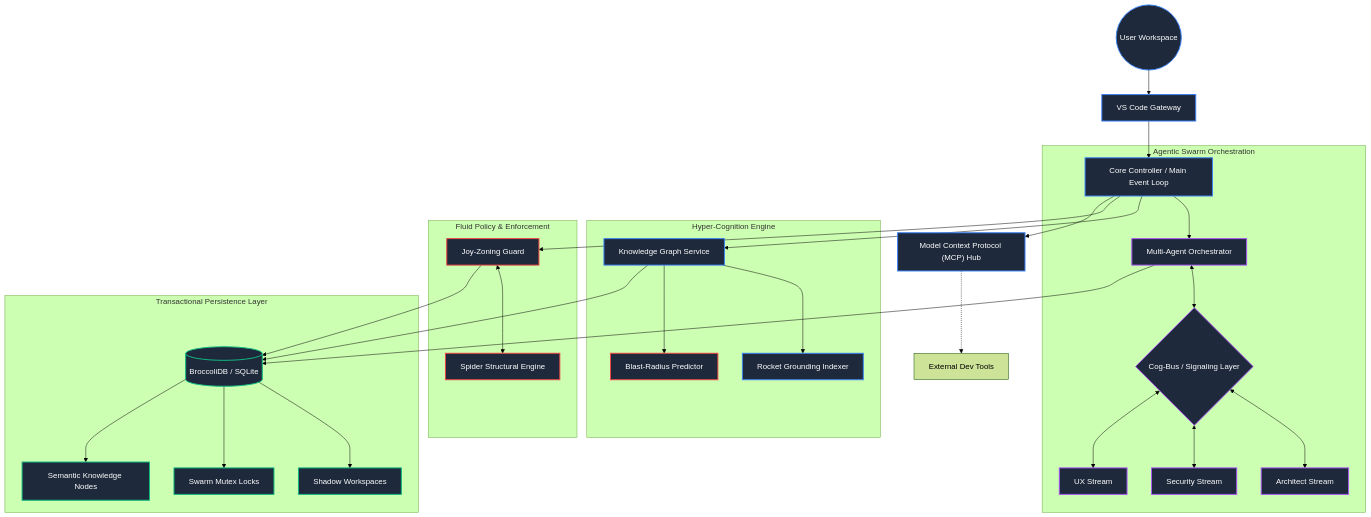
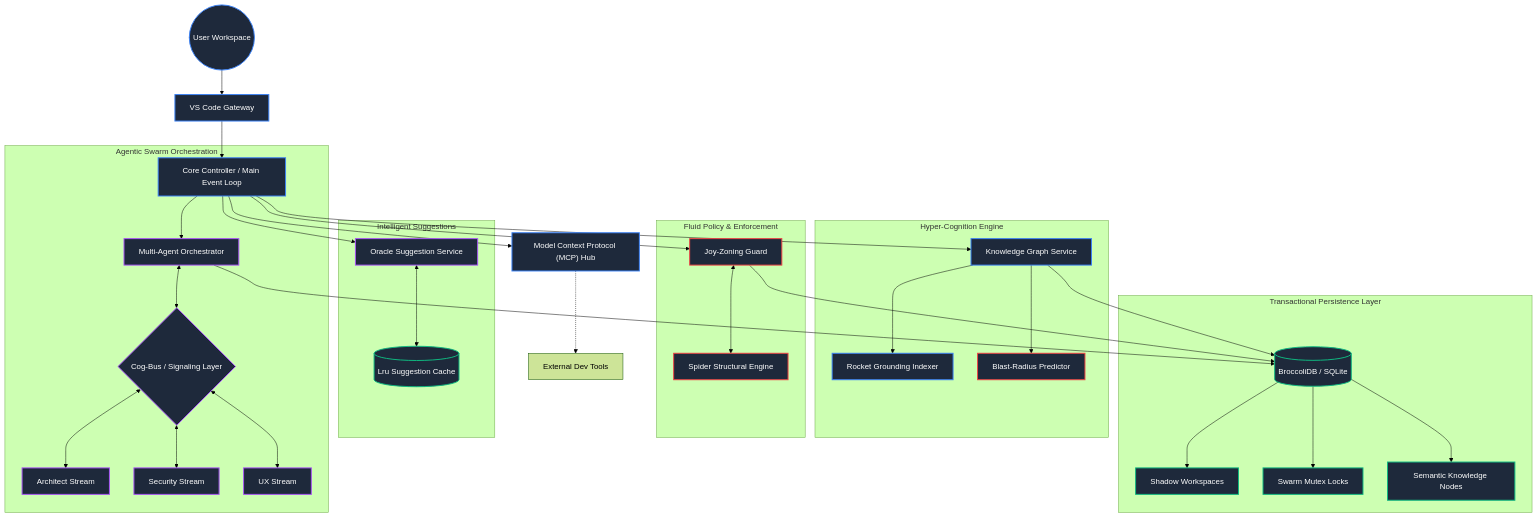
Before and after one commit to CardSorting/codemarie: the first of 4 diagrams in README.md, drawn with Mermaid (forest theme). The commit also changed other lines of this file and 4 other files, not shown here.

````diff
--- a/README.md
+++ b/README.md
@@ -96,41 +106,46 @@
 ```mermaid
 graph TD
     classDef primary fill:#1e293b,stroke:#3b82f6,stroke-width:2px,color:#fff;
     classDef secondary fill:#1e293b,stroke:#a855f7,stroke-width:2px,color:#fff;
     classDef database fill:#1e293b,stroke:#10b981,stroke-width:2px,color:#fff;
     classDef warning fill:#1e293b,stroke:#ef4444,stroke-width:2px,color:#fff;
 
     User((User Workspace)):::primary --> Extension[VS Code Gateway]:::primary
     Extension --> Controller[Core Controller / Main Event Loop]:::primary
     
     subgraph "Agentic Swarm Orchestration"
         Controller --> MAS[Multi-Agent Orchestrator]:::secondary
         MAS <--> SignalBus{Cog-Bus / Signaling Layer}:::secondary
         SignalBus <--> SubA[Architect Stream]:::secondary
         SignalBus <--> SubB[Security Stream]:::secondary
         SignalBus <--> SubC[UX Stream]:::secondary
     end
     
     subgraph "Hyper-Cognition Engine"
         Controller --> KGS[Knowledge Graph Service]:::primary
         KGS --> Rocket[Rocket Grounding Indexer]:::primary
         KGS --> Predict[Blast-Radius Predictor]:::warning
     end
 
     subgraph "Fluid Policy & Enforcement"
         Controller --> JZ[Joy-Zoning Guard]:::warning
         JZ <--> Spider[Spider Structural Engine]:::warning
     end
+
+    subgraph "Intelligent Suggestions"
+        Controller --> SugS[Oracle Suggestion Service]:::secondary
+        SugS <--> SugCache[(Lru Suggestion Cache)]:::database
+    end
     
     subgraph "Transactional Persistence Layer"
         MAS --> DB[(BroccoliDB / SQLite)]:::database
         KGS --> DB
         JZ --> DB
         DB --> Shadows[Shadow Workspaces]:::database
         DB --> Mutex[Swarm Mutex Locks]:::database
         DB --> Nodes[Semantic Knowledge Nodes]:::database
     end
     
     Controller --> MCPHub["Model Context Protocol (MCP) Hub"]:::primary
     MCPHub -.-> ExtTools[External Dev Tools]
 ```
````
